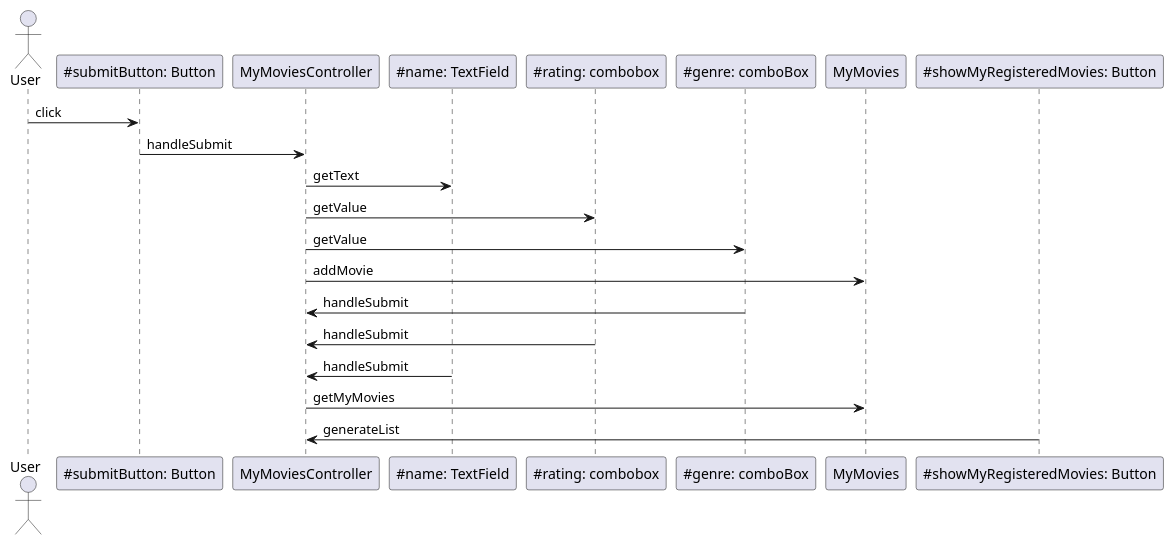
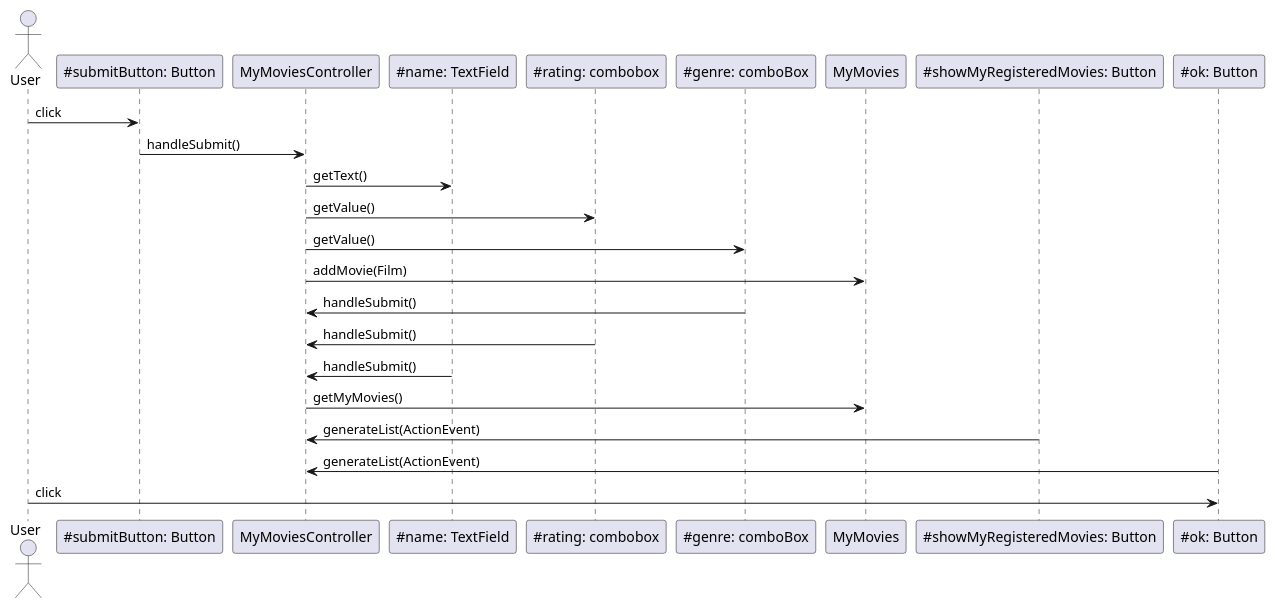
One commit to victoriahopso/IT1901 changed the diagram in mymovies/sequence.puml. Above: the diagram before and after it, drawn with PlantUML.

```diff
--- a/mymovies/sequence.puml
+++ b/mymovies/sequence.puml
@@ -1,22 +1,22 @@
 @startuml
 
 actor User
 User -> "~#submitButton: Button" as submitButton: click
-submitButton -> MyMoviesController: handleSubmit
+submitButton -> MyMoviesController: handleSubmit()
 
 
-MyMoviesController -> "~#name: TextField" as name: getText
-MyMoviesController -> "~#rating: combobox" as rating: getValue
-MyMoviesController -> "~#genre: comboBox" as genre: getValue
-MyMoviesController -> MyMovies: addMovie
+MyMoviesController -> "~#name: TextField" as name: getText()
+MyMoviesController -> "~#rating: combobox" as rating: getValue()
+MyMoviesController -> "~#genre: comboBox" as genre: getValue()
+MyMoviesController -> MyMovies: addMovie(Film)
 
 
-genre -> MyMoviesController: handleSubmit
-rating -> MyMoviesController: handleSubmit
-name -> MyMoviesController: handleSubmit
-MyMoviesController -> MyMovies: getMyMovies
-"~#showMyRegisteredMovies: Button" -> MyMoviesController: generateList
-
-
+genre -> MyMoviesController: handleSubmit()
+rating -> MyMoviesController: handleSubmit()
+name -> MyMoviesController: handleSubmit()
+MyMoviesController -> MyMovies: getMyMovies()
+"~#showMyRegisteredMovies: Button" -> MyMoviesController: generateList(ActionEvent)
+"~#ok: Button" as ok -> MyMoviesController: generateList(ActionEvent)
+User -> ok: click
 
 @enduml
```
